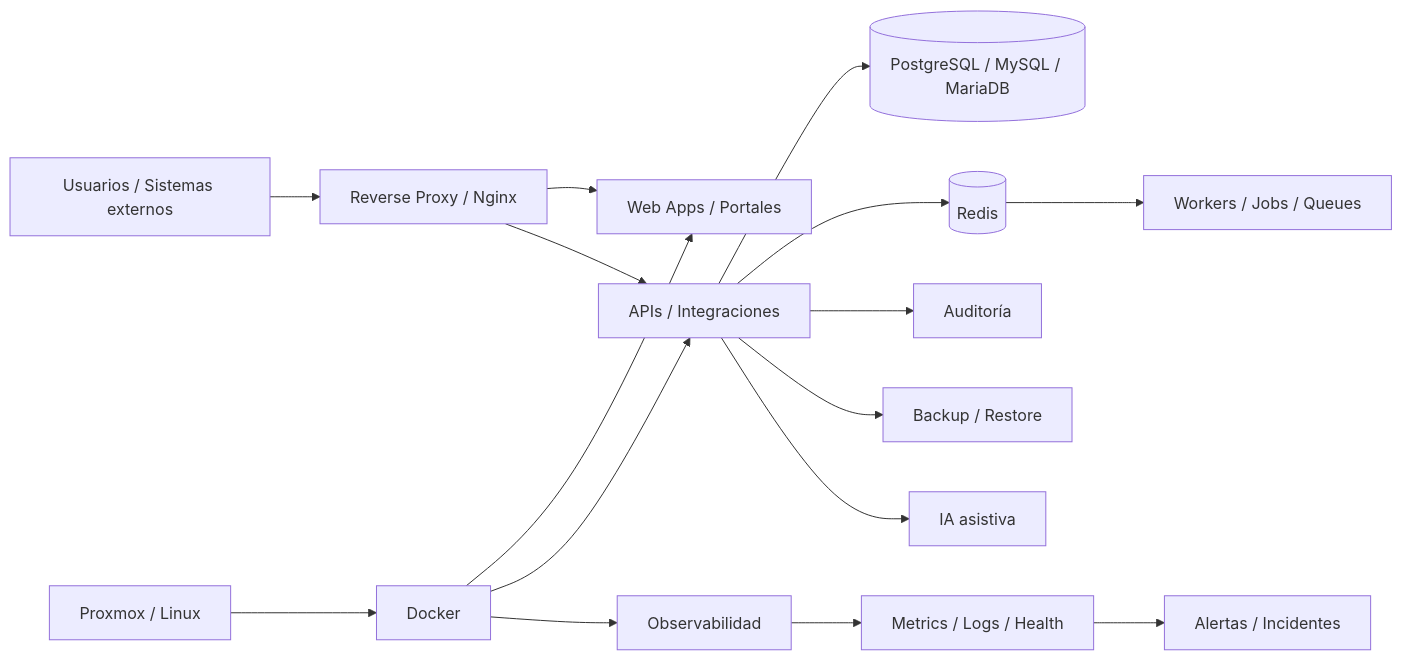
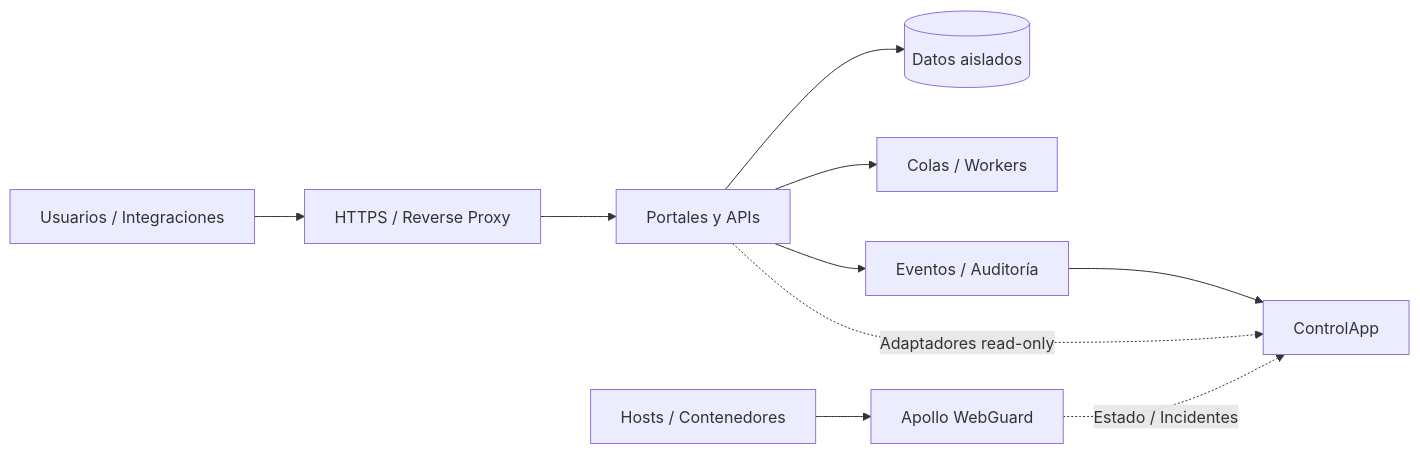
One commit to poto212/poto212 changed the diagram in README.md. Above: the diagram before and after it, drawn with Mermaid. The commit also changed other lines of this file, not shown here.

````diff
--- a/README.md
+++ b/README.md
@@ -309,22 +109,12 @@
-```mermaid
+~~~mermaid
 flowchart LR
-    U[Usuarios / Sistemas externos] --> RP[Reverse Proxy / Nginx]
-    RP --> WEB[Web Apps / Portales]
-    RP --> API[APIs / Integraciones]
-
-    API --> DB[(PostgreSQL / MySQL / MariaDB)]
-    API --> R[(Redis)]
-    R --> W[Workers / Jobs / Queues]
-
-    P[Proxmox / Linux] --> D[Docker]
-    D --> WEB
-    D --> API
-    D --> OBS[Observabilidad]
-
-    OBS --> M[Metrics / Logs / Health]
-    M --> A[Alertas / Incidentes]
-
-    API --> AUD[Auditoría]
-    API --> BK[Backup / Restore]
-    API --> AI[IA asistiva]
-```
+    U[Usuarios / Integraciones] --> P[HTTPS / Reverse Proxy]
+    P --> A[Portales y APIs]
+    A --> D[(Datos aislados)]
+    A --> Q[Colas / Workers]
+    A --> E[Eventos / Auditoría]
+    S[Hosts / Contenedores] --> O[Apollo WebGuard]
+    A -. Adaptadores read-only .-> C[ControlApp]
+    O -. Estado / Incidentes .-> C
+    E --> C
+~~~
````
